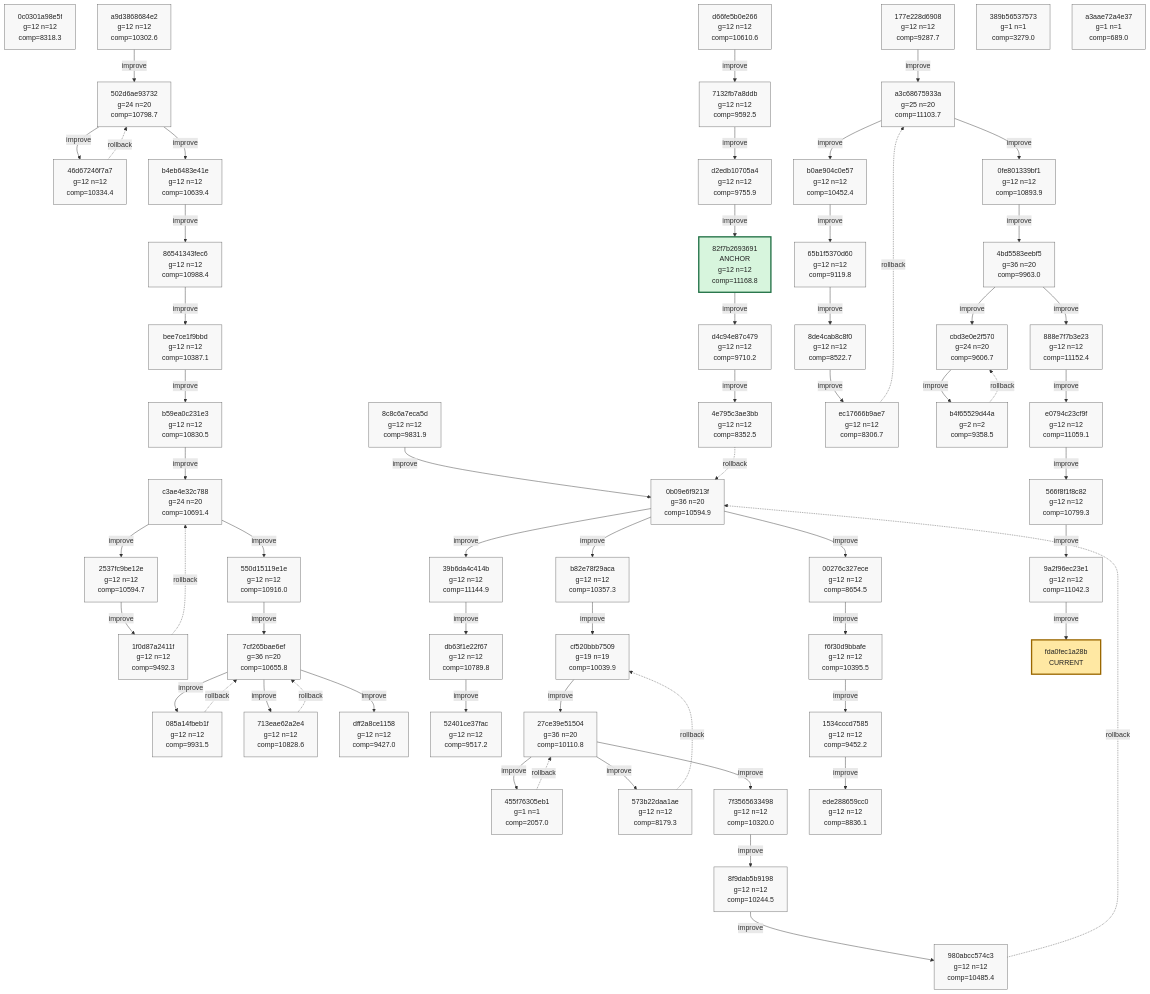
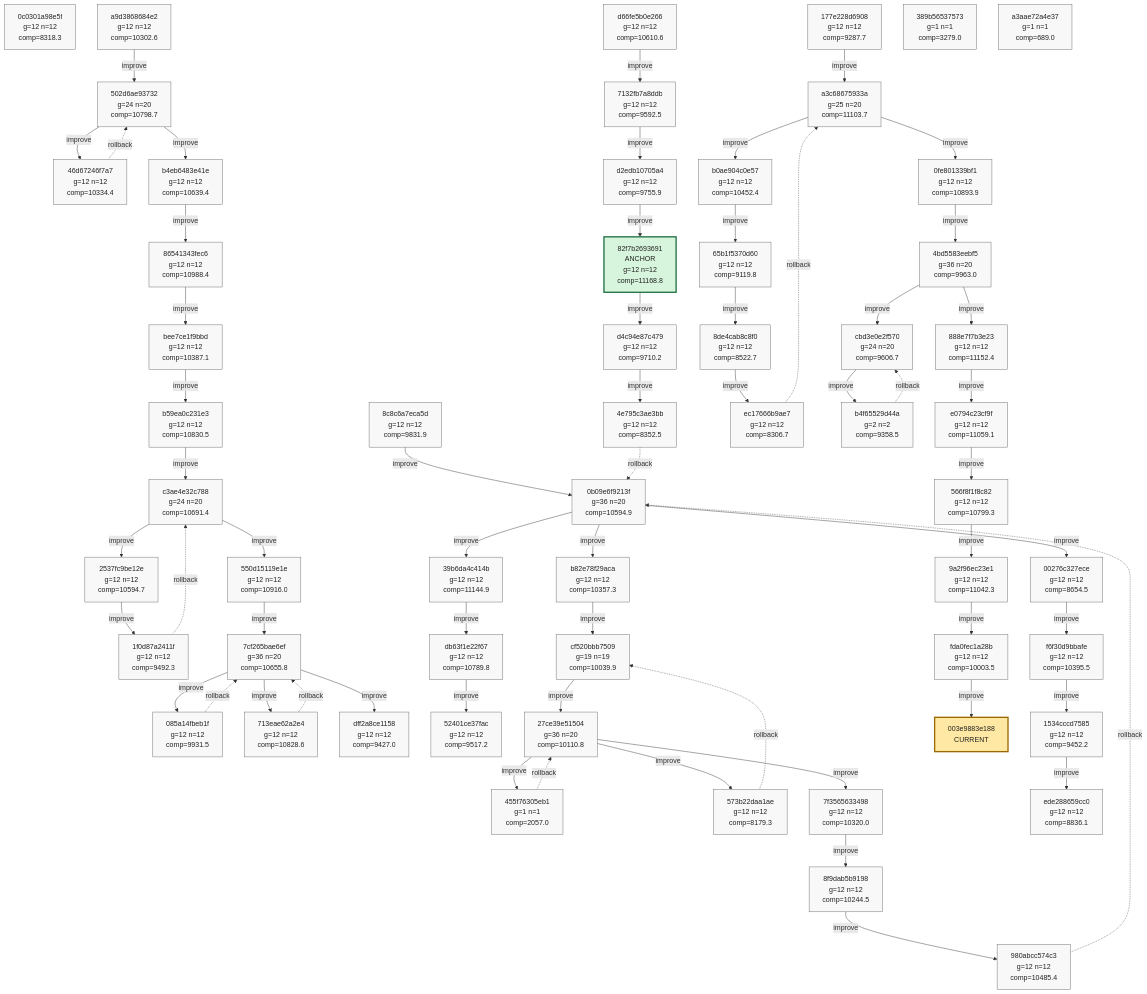
One commit to azumag/soviet_now changed the tenth of 10 diagrams in phyrogenetic-tree.md. Above: the diagram before and after it, drawn with Mermaid. The commit also changed other lines of this file and 2 other files, not shown here.

Commit message:
eloop Improve after 12 games (scores: 9040 11770 10481 18386 7020 10220 10364 9455 5734 17384 11679 11268)

````diff
--- a/phyrogenetic-tree.md
+++ b/phyrogenetic-tree.md
@@ -2584,9 +2584,10 @@
     h_e0794c23cf9f["e0794c23cf9f<br/>g=12 n=12<br/>comp=11059.1"]
     h_566f8f1f8c82["566f8f1f8c82<br/>g=12 n=12<br/>comp=10799.3"]
     h_9a2f96ec23e1["9a2f96ec23e1<br/>g=12 n=12<br/>comp=11042.3"]
+    h_fda0fec1a28b["fda0fec1a28b<br/>g=12 n=12<br/>comp=10003.5"]
     h_389b56537573["389b56537573<br/>g=1 n=1<br/>comp=3279.0"]
     h_a3aae72a4e37["a3aae72a4e37<br/>g=1 n=1<br/>comp=689.0"]
-    h_fda0fec1a28b["fda0fec1a28b<br/>CURRENT"]
+    h_003e9883e188["003e9883e188<br/>CURRENT"]
 
     h_a9d3868684e2 -->|improve| h_502d6ae93732
     h_502d6ae93732 -->|improve| h_46d67246f7a7
@@ -2647,6 +2648,7 @@
     h_e0794c23cf9f -->|improve| h_566f8f1f8c82
     h_566f8f1f8c82 -->|improve| h_9a2f96ec23e1
     h_9a2f96ec23e1 -->|improve| h_fda0fec1a28b
+    h_fda0fec1a28b -->|improve| h_003e9883e188
 
     classDef plain fill:#f8f8f8,stroke:#666,stroke-width:1px,color:#222;
     classDef current fill:#ffe8a3,stroke:#9a6700,stroke-width:3px,color:#222;
@@ -2706,7 +2708,8 @@
     class h_e0794c23cf9f plain;
     class h_566f8f1f8c82 plain;
     class h_9a2f96ec23e1 plain;
+    class h_fda0fec1a28b plain;
     class h_389b56537573 plain;
     class h_a3aae72a4e37 plain;
-    class h_fda0fec1a28b current;
+    class h_003e9883e188 current;
 ```
````
